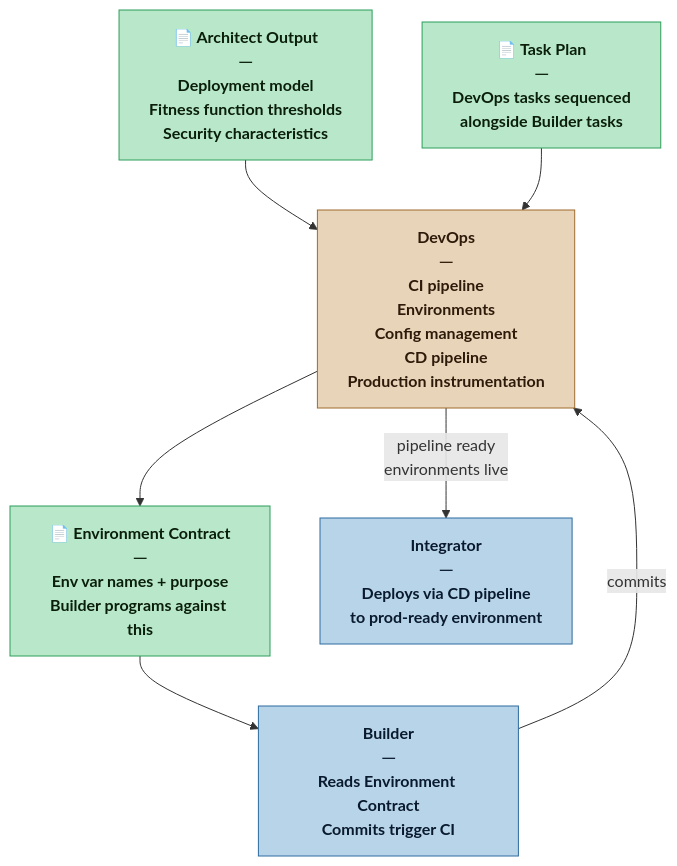
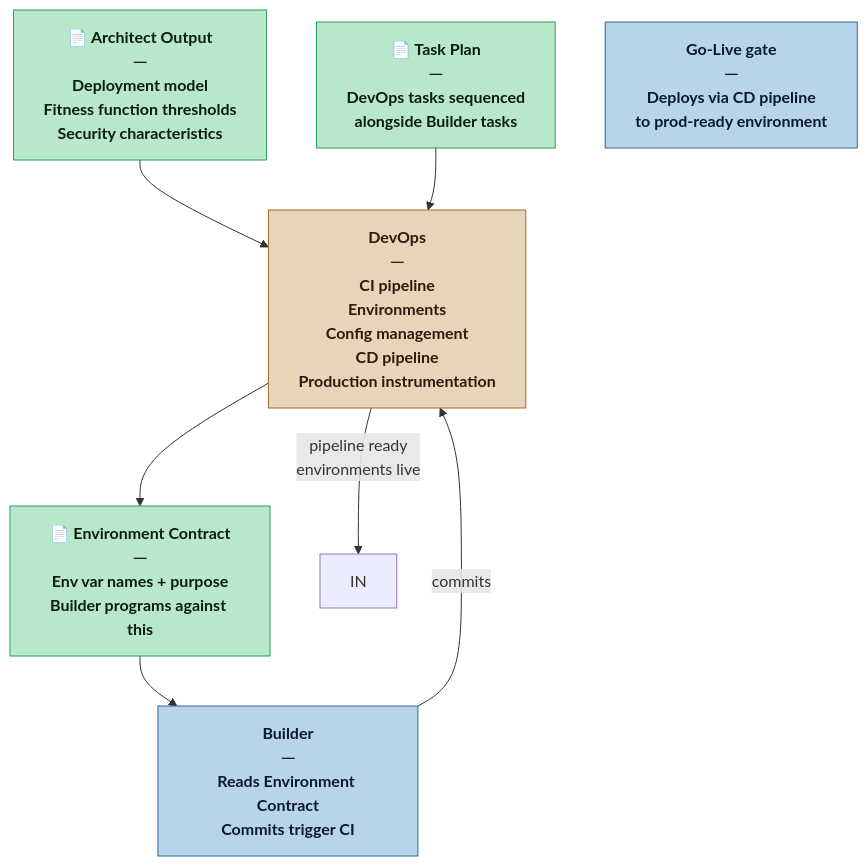
One commit to loskylp/Nexus-SDLC changed the diagram in agents/devops.md. Above: the diagram before and after it, drawn with Mermaid. The commit also changed other lines of this file and 8 other files, not shown here.

````diff
--- a/agents/devops.md
+++ b/agents/devops.md
@@ -30,21 +30,21 @@
 ```mermaid
 flowchart TD
     classDef nexus    fill:#c9b8e8,stroke:#6b3fa0,color:#1a0a2e,font-weight:bold
     classDef self     fill:#e8d4b8,stroke:#9e6b2d,color:#2e1a0a,font-weight:bold
     classDef artifact fill:#b8e8c9,stroke:#2d9e5a,color:#0a1e0a,font-weight:bold
     classDef agent    fill:#b8d4e8,stroke:#2d6b9e,color:#0a1a2e,font-weight:bold
 
     AR["📄 Architect Output<br/>─<br/>Deployment model<br/>Fitness function thresholds<br/>Security characteristics"]:::artifact
     TP["📄 Task Plan<br/>─<br/>DevOps tasks sequenced<br/>alongside Builder tasks"]:::artifact
     DV["DevOps<br/>─<br/>CI pipeline<br/>Environments<br/>Config management<br/>CD pipeline<br/>Production instrumentation"]:::self
     EC["📄 Environment Contract<br/>─<br/>Env var names + purpose<br/>Builder programs against this"]:::artifact
     BU["Builder<br/>─<br/>Reads Environment Contract<br/>Commits trigger CI"]:::agent
-    IN["Integrator<br/>─<br/>Deploys via CD pipeline<br/>to prod-ready environment"]:::agent
+    GL["Go-Live gate<br/>─<br/>Deploys via CD pipeline<br/>to prod-ready environment"]:::agent
 
     AR --> DV
     TP --> DV
     DV --> EC
     EC --> BU
     BU -->|"commits"| DV
     DV -->|"pipeline ready<br/>environments live"| IN
 ```
````
